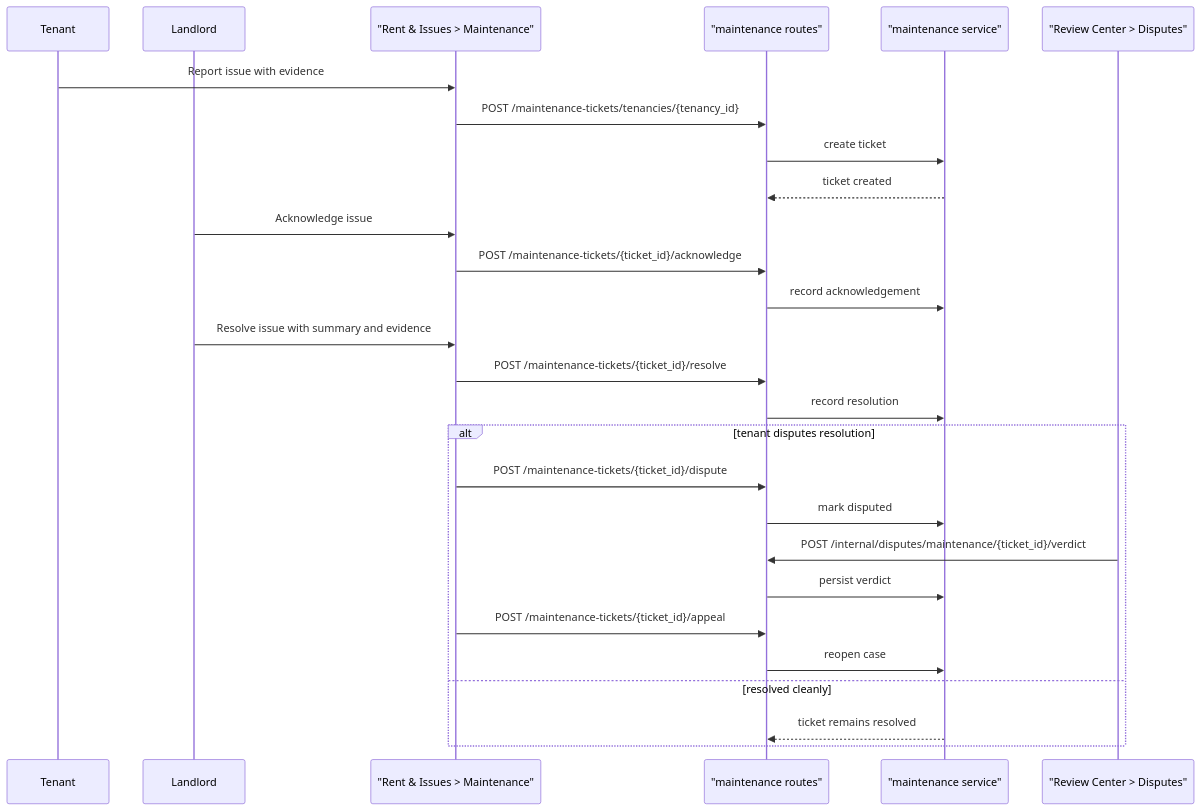
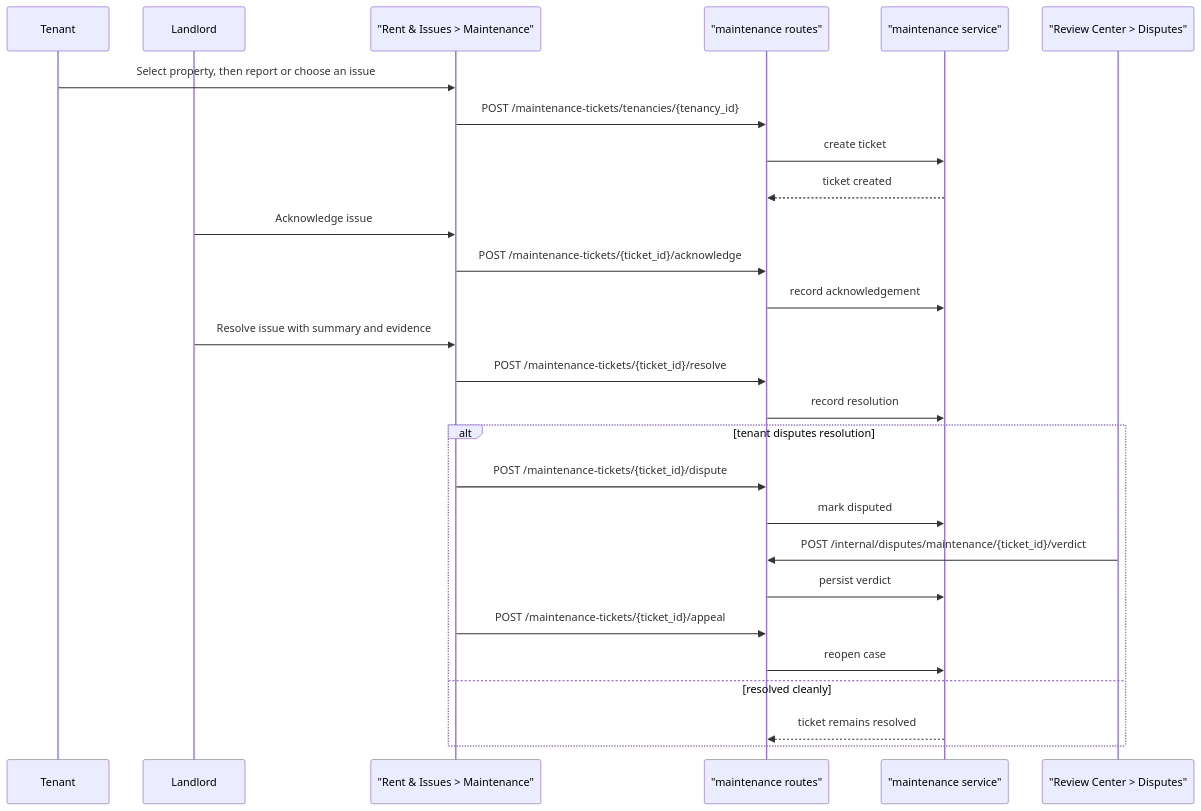
Before and after one commit to vtmarkop/real_estate_trust_ledger: the sixth of 11 diagrams in docs/WORKFLOW_DIAGRAMS.md, drawn with Mermaid. The commit also changed other lines of this file and 8 other files, not shown here.

````diff
--- a/docs/WORKFLOW_DIAGRAMS.md
+++ b/docs/WORKFLOW_DIAGRAMS.md
@@ -189,33 +191,33 @@
 ```mermaid
 sequenceDiagram
     participant Tenant
     participant Landlord
     participant Frontend as "Rent & Issues > Maintenance"
     participant API as "maintenance routes"
     participant Service as "maintenance service"
     participant Reviewer as "Review Center > Disputes"
 
-    Tenant->>Frontend: Report issue with evidence
+    Tenant->>Frontend: Select property, then report or choose an issue
     Frontend->>API: POST /maintenance-tickets/tenancies/{tenancy_id}
     API->>Service: create ticket
     Service-->>API: ticket created
 
     Landlord->>Frontend: Acknowledge issue
     Frontend->>API: POST /maintenance-tickets/{ticket_id}/acknowledge
     API->>Service: record acknowledgement
 
     Landlord->>Frontend: Resolve issue with summary and evidence
     Frontend->>API: POST /maintenance-tickets/{ticket_id}/resolve
     API->>Service: record resolution
 
     alt tenant disputes resolution
         Frontend->>API: POST /maintenance-tickets/{ticket_id}/dispute
         API->>Service: mark disputed
         Reviewer->>API: POST /internal/disputes/maintenance/{ticket_id}/verdict
         API->>Service: persist verdict
         Frontend->>API: POST /maintenance-tickets/{ticket_id}/appeal
         API->>Service: reopen case
     else resolved cleanly
         Service-->>API: ticket remains resolved
     end
 ```
````
